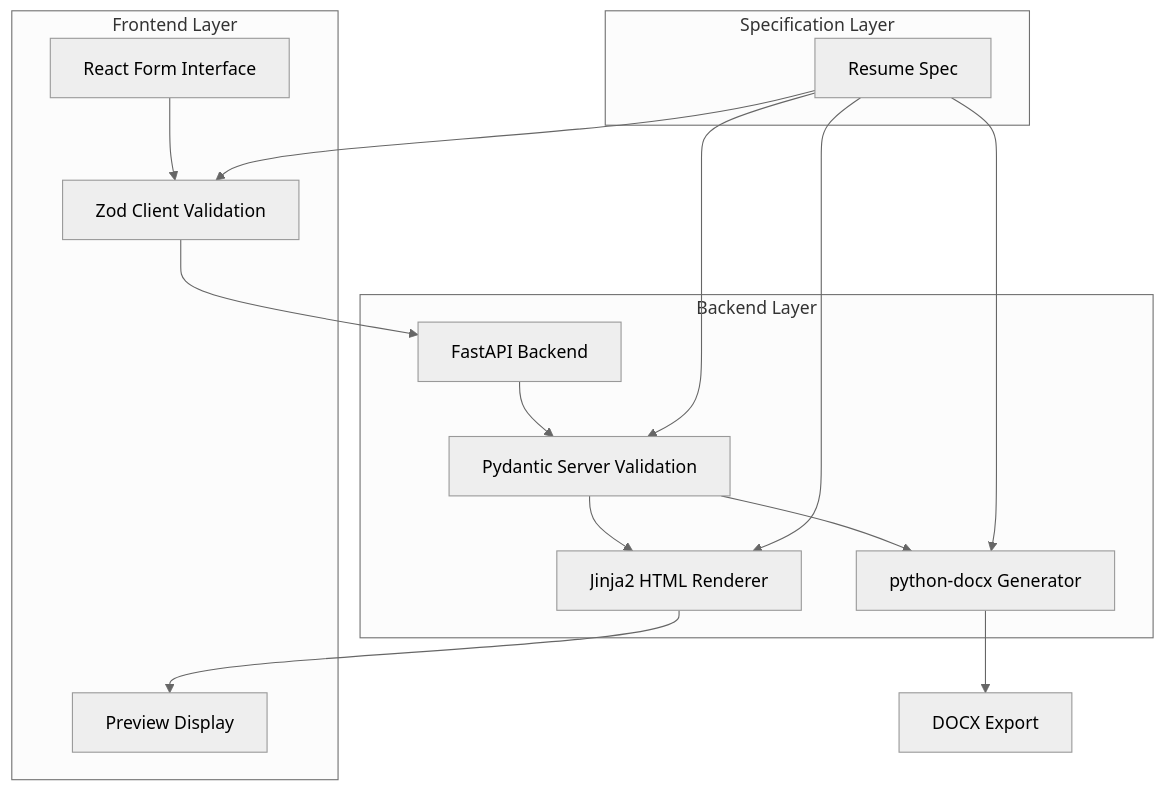
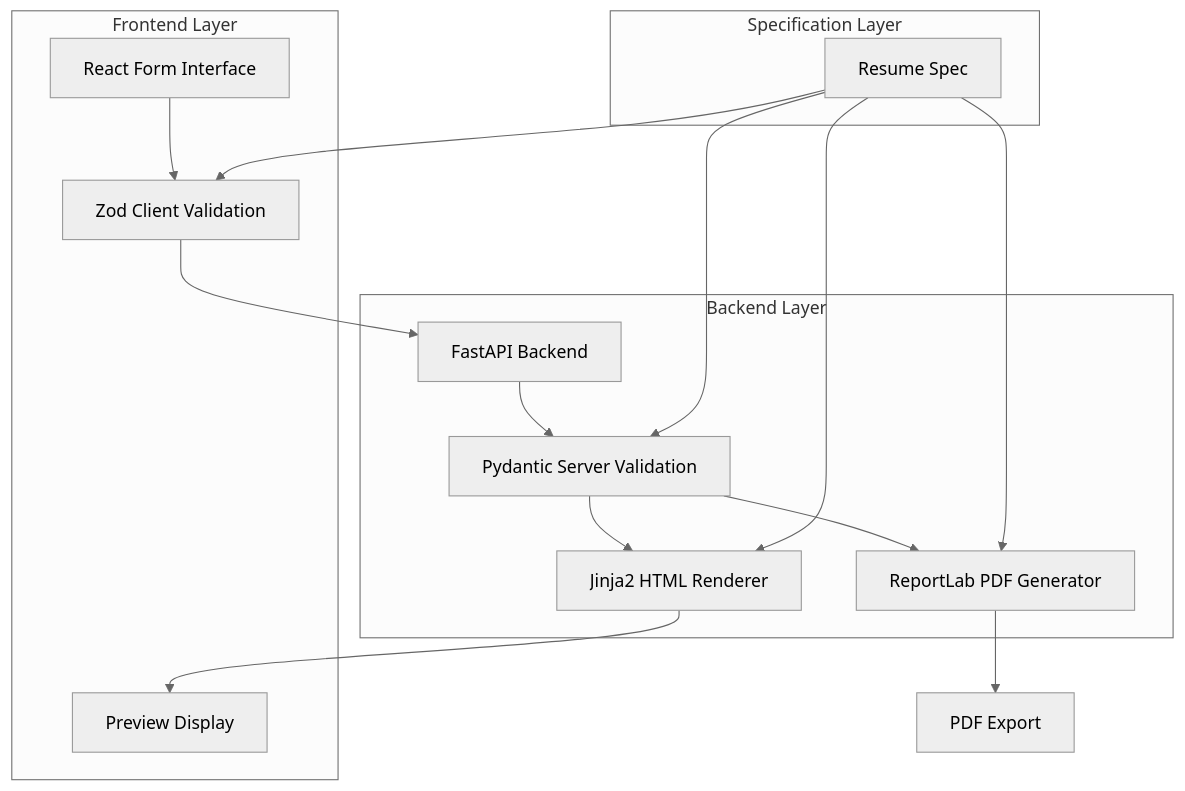
The diagram in .kiro/specs/deterministic-resume-builder/design.md (saketkumar1996/IndexnineResumeBuilder), drawn with Mermaid (neutral theme) before and after one commit. The commit also changed other lines of this file and 2 other files, not shown here.

First line of the commit message:
docs(specs): Update resume builder specs to reflect PDF export migration

````diff
--- a/.kiro/specs/deterministic-resume-builder/design.md
+++ b/.kiro/specs/deterministic-resume-builder/design.md
@@ -13,32 +13,32 @@
 ```mermaid
 graph TB
     A[React Form Interface] --> B[Zod Client Validation]
     B --> C[FastAPI Backend]
     C --> D[Pydantic Server Validation]
     D --> E[Jinja2 HTML Renderer]
     E --> F[Preview Display]
-    D --> G[python-docx Generator]
-    G --> H[DOCX Export]
+    D --> G[ReportLab PDF Generator]
+    G --> H[PDF Export]
     
     I[Resume Spec] --> B
     I --> D
     I --> E
     I --> G
     
     subgraph "Frontend Layer"
         A
         B
         F
     end
     
     subgraph "Backend Layer"
         C
         D
         E
         G
     end
     
     subgraph "Specification Layer"
         I
     end
 ```
````
